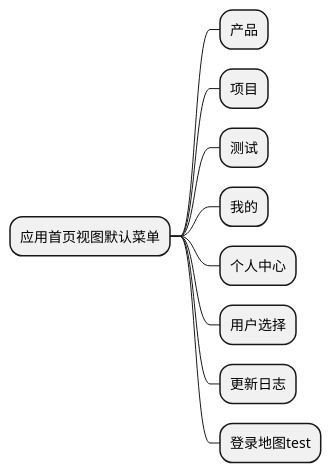
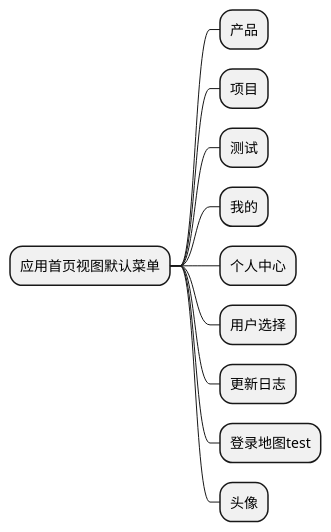
One commit to zj335841911/nt_chandao changed the diagram in ibizpms-docs/src/main/doc/v1/app/mob/AppIndexView.md. Above: the diagram before and after it, drawn with PlantUML. The commit also changed other lines of this file and 20 other files, not shown here.

```diff
--- a/ibizpms-docs/src/main/doc/v1/app/mob/AppIndexView.md
+++ b/ibizpms-docs/src/main/doc/v1/app/mob/AppIndexView.md
@@ -5,13 +5,14 @@
 {% plantuml %}
 @startmindmap
 * 应用首页视图默认菜单
 ** 产品
 ** 项目
 ** 测试
 ** 我的
 ** 个人中心
 ** 用户选择
 ** 更新日志
 ** 登录地图test
+** 头像
 @endmindmap
 {% endplantuml %}
```
